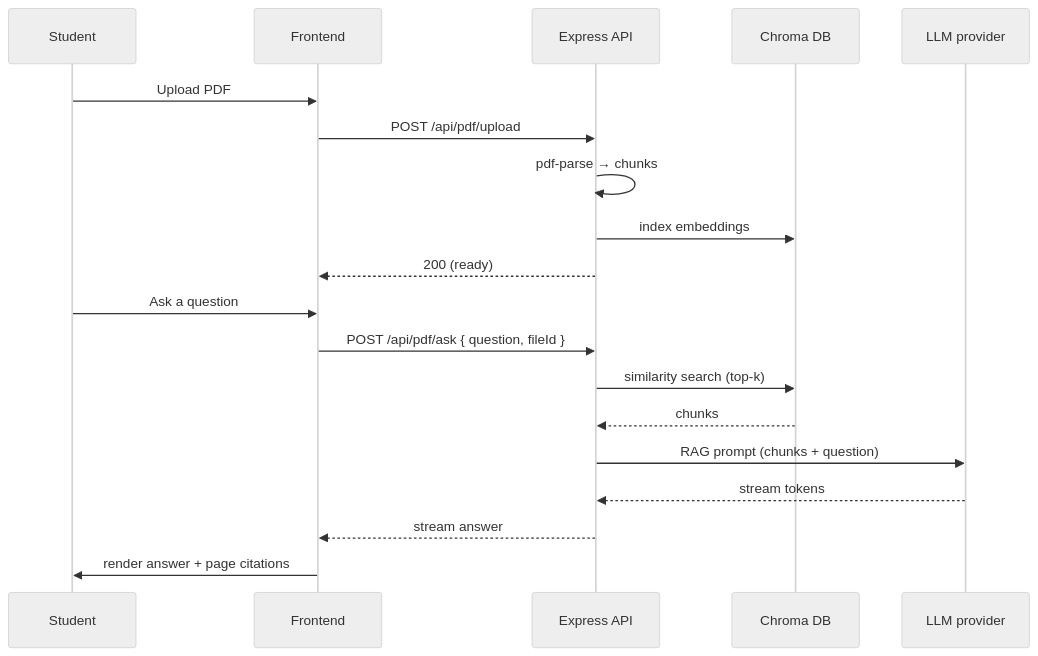
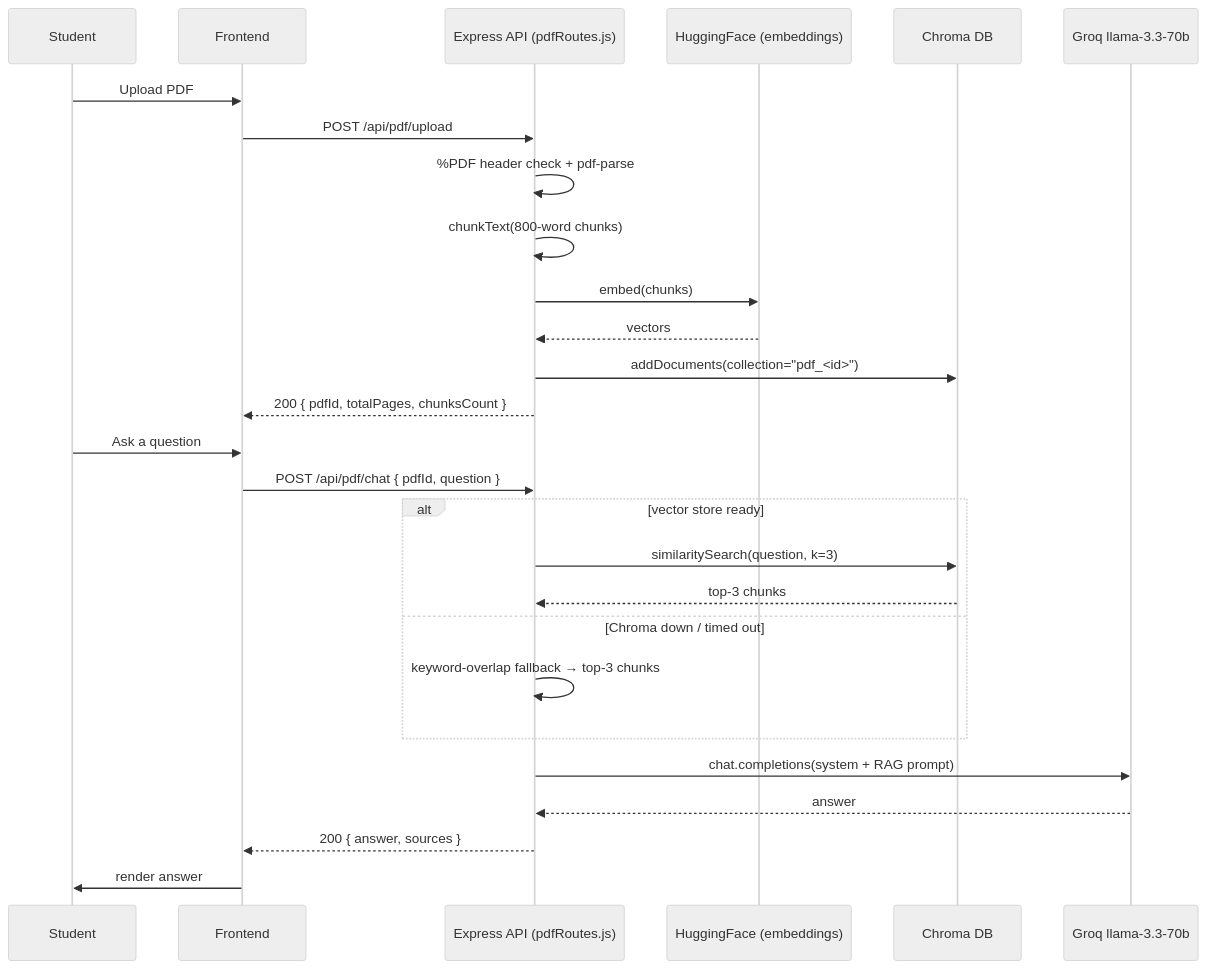
One commit to MaizaAymen/OmniLearn changed the eighth of 27 diagrams in docs/11_flows_and_diagrams.md. Above: the diagram before and after it, drawn with Mermaid (neutral theme). The commit also changed other lines of this file and 47 other files, not shown here.

````diff
--- a/docs/11_flows_and_diagrams.md
+++ b/docs/11_flows_and_diagrams.md
@@ -432,22 +432,31 @@
 ```mermaid
 sequenceDiagram
   participant S as Student
   participant FE as Frontend
-  participant API as Express API
+  participant API as Express API (pdfRoutes.js)
+  participant HF as HuggingFace (embeddings)
   participant VS as Chroma DB
-  participant LLM as LLM provider
+  participant LLM as Groq llama-3.3-70b
 
   S->>FE: Upload PDF
   FE->>API: POST /api/pdf/upload
-  API->>API: pdf-parse → chunks
-  API->>VS: index embeddings
-  API-->>FE: 200 (ready)
+  API->>API: %PDF header check + pdf-parse
+  API->>API: chunkText(800-word chunks)
+  API->>HF: embed(chunks)
+  HF-->>API: vectors
+  API->>VS: addDocuments(collection="pdf_<id>")
+  API-->>FE: 200 { pdfId, totalPages, chunksCount }
+
   S->>FE: Ask a question
-  FE->>API: POST /api/pdf/ask { question, fileId }
-  API->>VS: similarity search (top-k)
-  VS-->>API: chunks
-  API->>LLM: RAG prompt (chunks + question)
-  LLM-->>API: stream tokens
-  API-->>FE: stream answer
-  FE->>S: render answer + page citations
+  FE->>API: POST /api/pdf/chat { pdfId, question }
+  alt vector store ready
+    API->>VS: similaritySearch(question, k=3)
+    VS-->>API: top-3 chunks
+  else Chroma down / timed out
+    API->>API: keyword-overlap fallback → top-3 chunks
+  end
+  API->>LLM: chat.completions(system + RAG prompt)
+  LLM-->>API: answer
+  API-->>FE: 200 { answer, sources }
+  FE->>S: render answer
 ```
````
